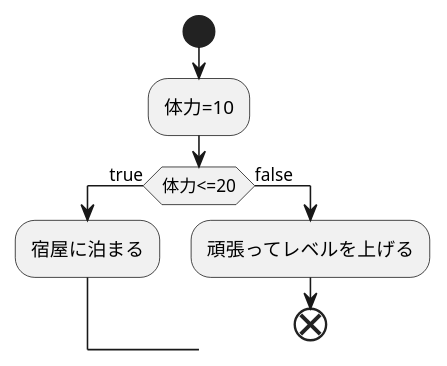
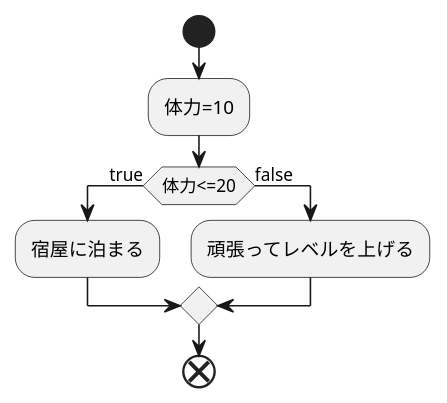
The diagram in test.md (Aso2001137/2021sys-design), drawn with PlantUML before and after one commit.

````diff
--- a/test.md
+++ b/test.md
@@ -1,15 +1,15 @@
 ```uml
 @startuml
 start
 
 :体力=10;
 
 if(体力<=20) then (true)
 :宿屋に泊まる;
 
 else(false)
 :頑張ってレベルを上げる;
-
+endif
 end
 @enduml
 ```
````
